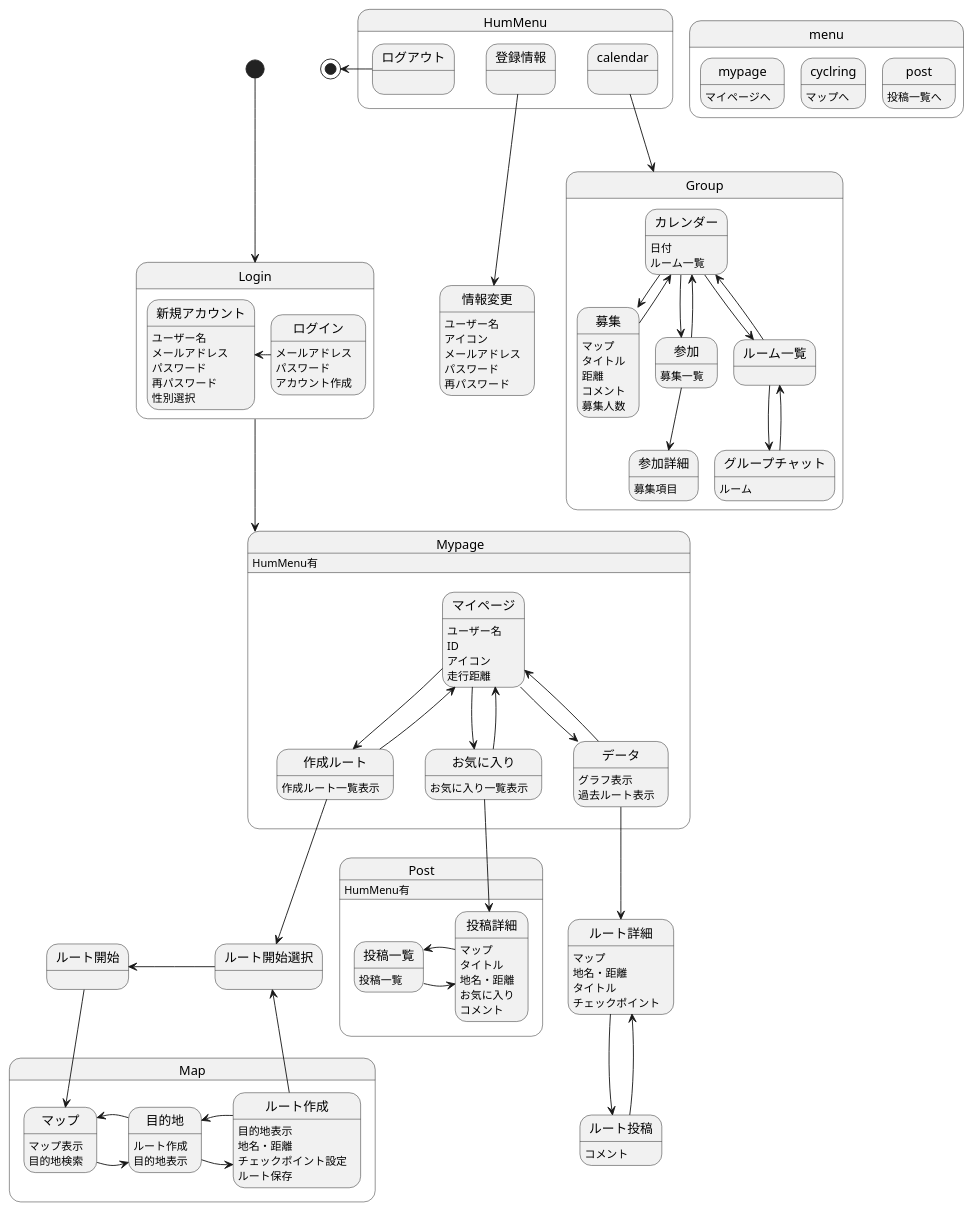
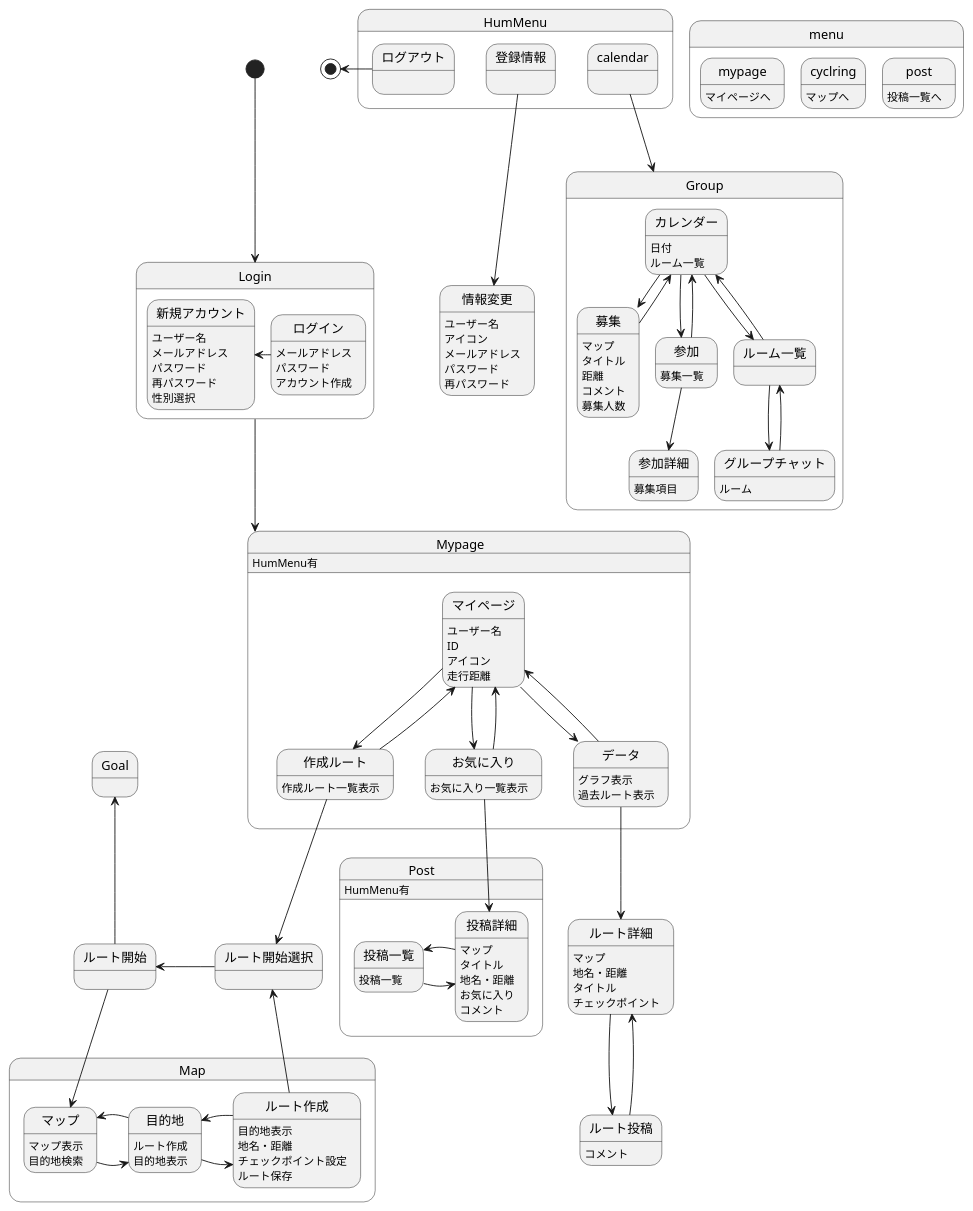
One commit to AsoSD3A3/CyclingSystem changed the diagram in 画面遷移図/gm.md. Above: the diagram before and after it, drawn with PlantUML.

```diff
--- a/画面遷移図/gm.md
+++ b/画面遷移図/gm.md
@@ -105,6 +105,7 @@
 ルート作成-up->ルート開始選択
 ルート開始選択-left->ルート開始
 ルート開始-down->マップ
+ルート開始-up->Goal
 
 state Post{
 Post:HumMenu有
```
